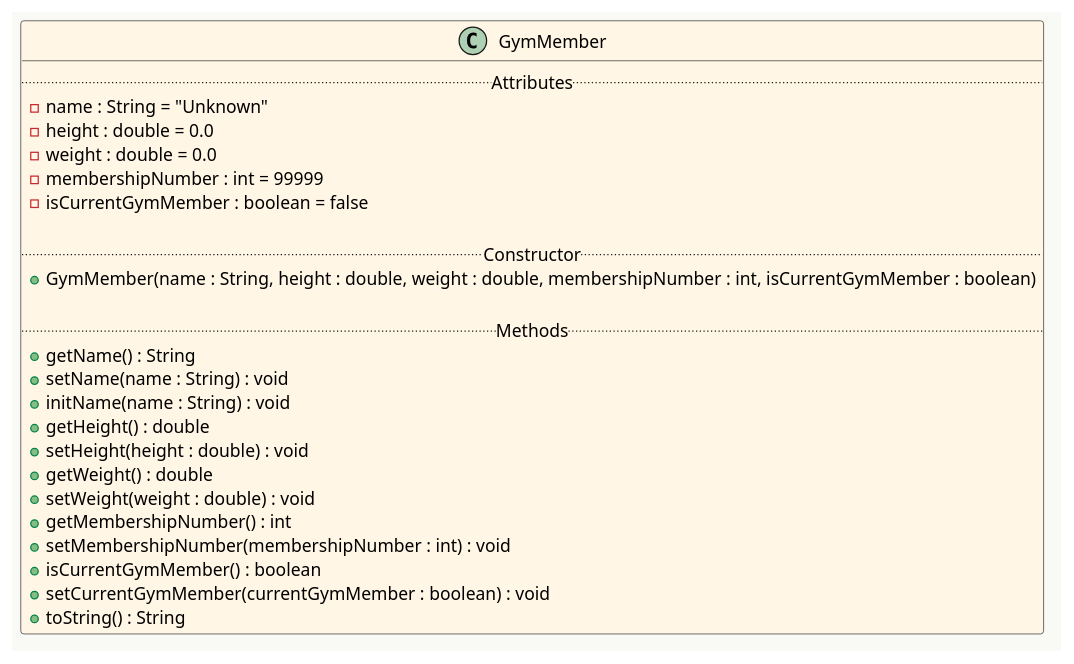
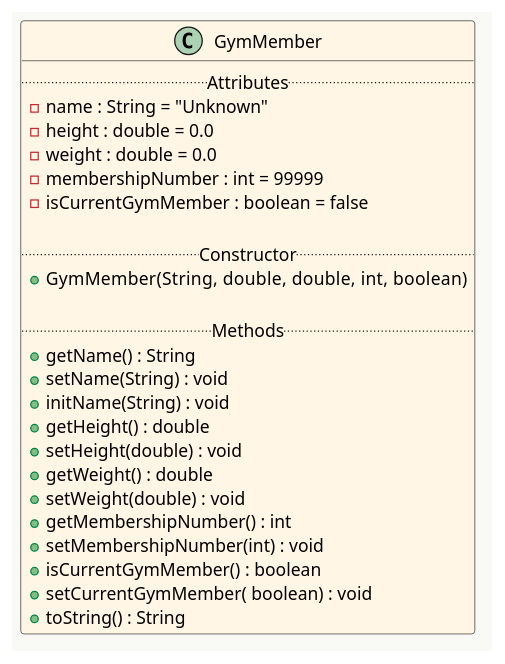
One commit to Programming-Fundamentals-SETU/prog-fund-1-sept-25 changed the diagram in topic08-arrays-of-objects/unit-1/talk-2-gym-app/archives/GymApp.puml. Above: the diagram before and after it, drawn with PlantUML. The commit also changed 42 other files, not shown here.

Commit message:
update topic 08 and fix uml diagrams]

```diff
--- a/topic08-arrays-of-objects/unit-1/talk-2-gym-app/archives/GymApp.puml
+++ b/topic08-arrays-of-objects/unit-1/talk-2-gym-app/archives/GymApp.puml
@@ -2,39 +2,39 @@
 @startuml
 ' ==========================================================
 '  UML Class Diagram: GymMember (Styled Version)
 ' ==========================================================
 
 ' --- Diagram Styling ---
 skinparam backgroundColor #f9f9f6
 skinparam classBackgroundColor #fff6e5
 
 
 ' --- Class Definition ---
 class GymMember {
   .. Attributes ..
   - name : String = "Unknown"
   - height : double = 0.0
   - weight : double = 0.0
   - membershipNumber : int = 99999
   - isCurrentGymMember : boolean = false
 
   .. Constructor ..
-  + GymMember(name : String, height : double, weight : double, membershipNumber : int, isCurrentGymMember : boolean)
+  + GymMember(String,  double, double,  int,  boolean)
 
   .. Methods ..
   + getName() : String
-  + setName(name : String) : void
-  + initName(name : String) : void
+  + setName(String) : void
+  + initName(String) : void
   + getHeight() : double
-  + setHeight(height : double) : void
+  + setHeight(double) : void
   + getWeight() : double
-  + setWeight(weight : double) : void
+  + setWeight(double) : void
   + getMembershipNumber() : int
-  + setMembershipNumber(membershipNumber : int) : void
+  + setMembershipNumber(int) : void
   + isCurrentGymMember() : boolean
-  + setCurrentGymMember(currentGymMember : boolean) : void
+  + setCurrentGymMember( boolean) : void
   + toString() : String
 }
 
 
 @enduml
```
